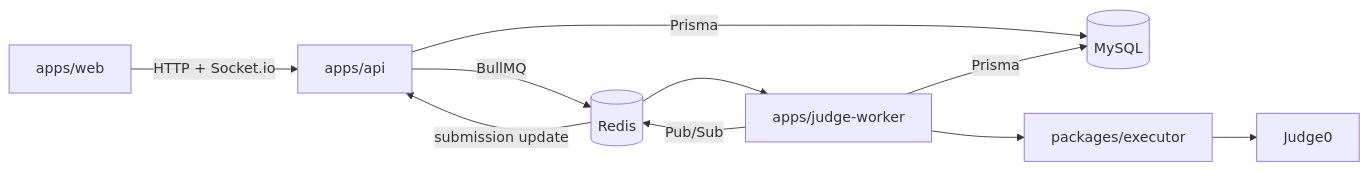
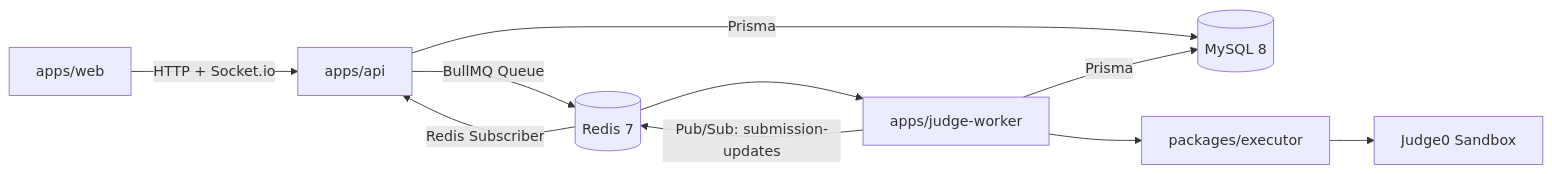
The diagram in docs/architecture.md (jack1e2401/fessior), drawn with Mermaid before and after one commit. The commit also changed other lines of this file and 55 other files, not shown here.

````diff
--- a/docs/architecture.md
+++ b/docs/architecture.md
@@ -5,12 +21,12 @@
 ```mermaid
 flowchart LR
   Web[apps/web] -->|HTTP + Socket.io| API[apps/api]
-  API -->|Prisma| MySQL[(MySQL)]
-  API -->|BullMQ| Redis[(Redis)]
+  API -->|Prisma| MySQL[(MySQL 8)]
+  API -->|BullMQ Queue| Redis[(Redis 7)]
   Redis --> Worker[apps/judge-worker]
   Worker -->|Prisma| MySQL
   Worker --> Executor[packages/executor]
-  Executor --> Judge0[Judge0]
-  Worker -->|Pub/Sub| Redis
-  Redis -->|submission update| API
+  Executor --> Judge0[Judge0 Sandbox]
+  Worker -->|Pub/Sub: submission-updates| Redis
+  Redis -->|Redis Subscriber| API
 ```
````
